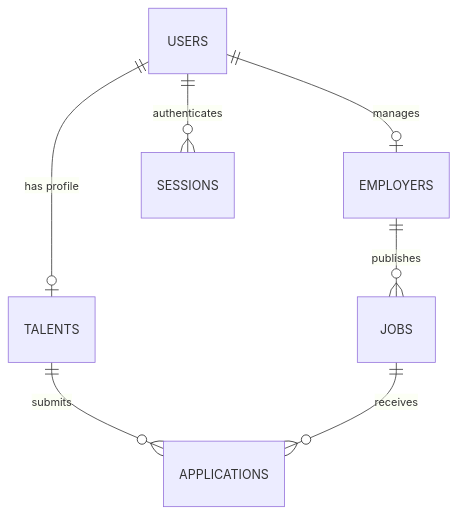
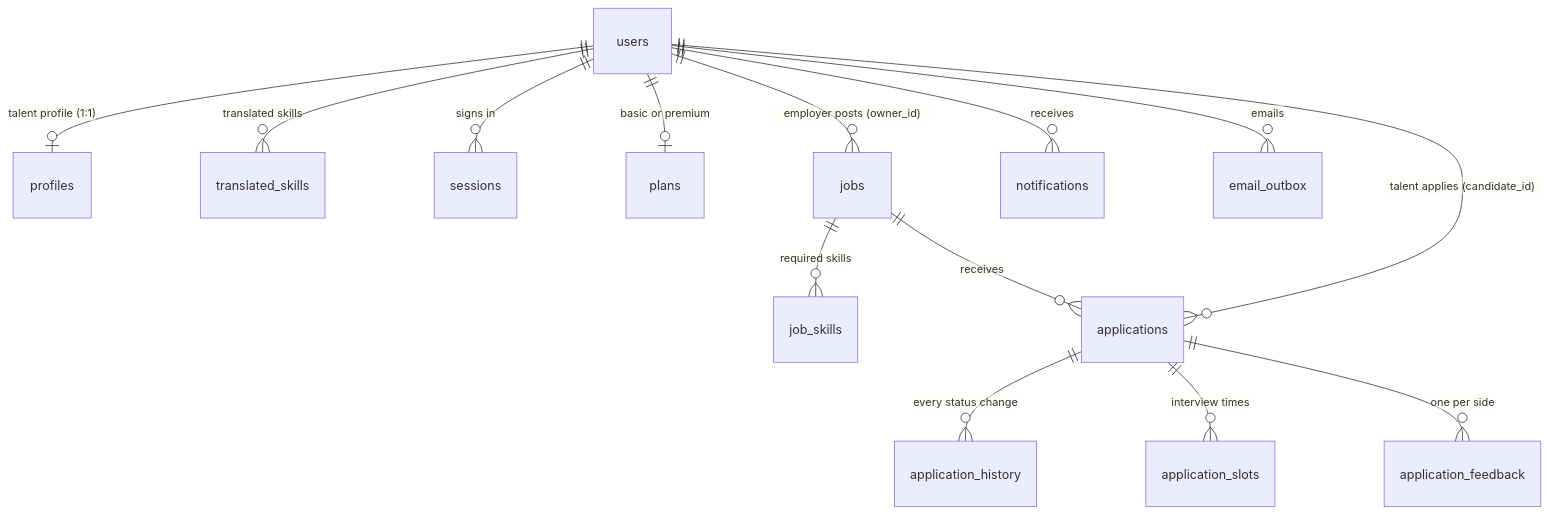
The diagram in Document/architecture/DATA_MODELING_ARCHITECTURE_DETAIL.md (huongami/Excelerate-Skill-Bridge), drawn with Mermaid before and after one commit. The commit also changed other lines of this file and 76 other files, not shown here.

First line of the commit message:
docs(architecture): rebuild diagrams 01-08 from the code, add data flow, cloud plan and gap analysis

````diff
--- a/Document/architecture/DATA_MODELING_ARCHITECTURE_DETAIL.md
+++ b/Document/architecture/DATA_MODELING_ARCHITECTURE_DETAIL.md
@@ -14,9 +19,16 @@
 ```mermaid
 erDiagram
-    USERS ||--o| TALENTS : "has profile"
-    USERS ||--o| EMPLOYERS : "manages"
-    USERS ||--o{ SESSIONS : "authenticates"
-    EMPLOYERS ||--o{ JOBS : "publishes"
-    TALENTS ||--o{ APPLICATIONS : "submits"
-    JOBS ||--o{ APPLICATIONS : "receives"
+    users ||--o| profiles : "talent profile (1:1)"
+    users ||--o{ translated_skills : "translated skills"
+    users ||--o{ sessions : "signs in"
+    users ||--o| plans : "basic or premium"
+    users ||--o{ jobs : "employer posts (owner_id)"
+    jobs ||--o{ job_skills : "required skills"
+    jobs ||--o{ applications : "receives"
+    users ||--o{ applications : "talent applies (candidate_id)"
+    applications ||--o{ application_history : "every status change"
+    applications ||--o{ application_slots : "interview times"
+    applications ||--o{ application_feedback : "one per side"
+    users ||--o{ notifications : "receives"
+    users ||--o{ email_outbox : "emails"
 ```
````
